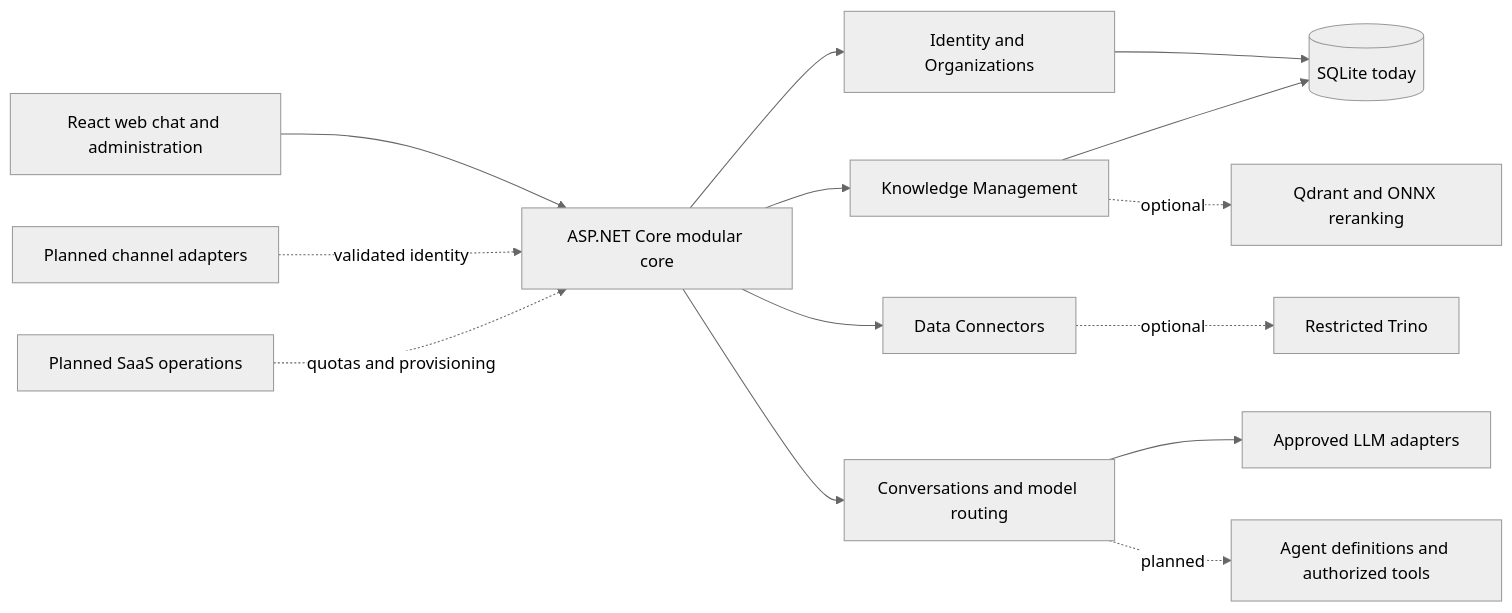
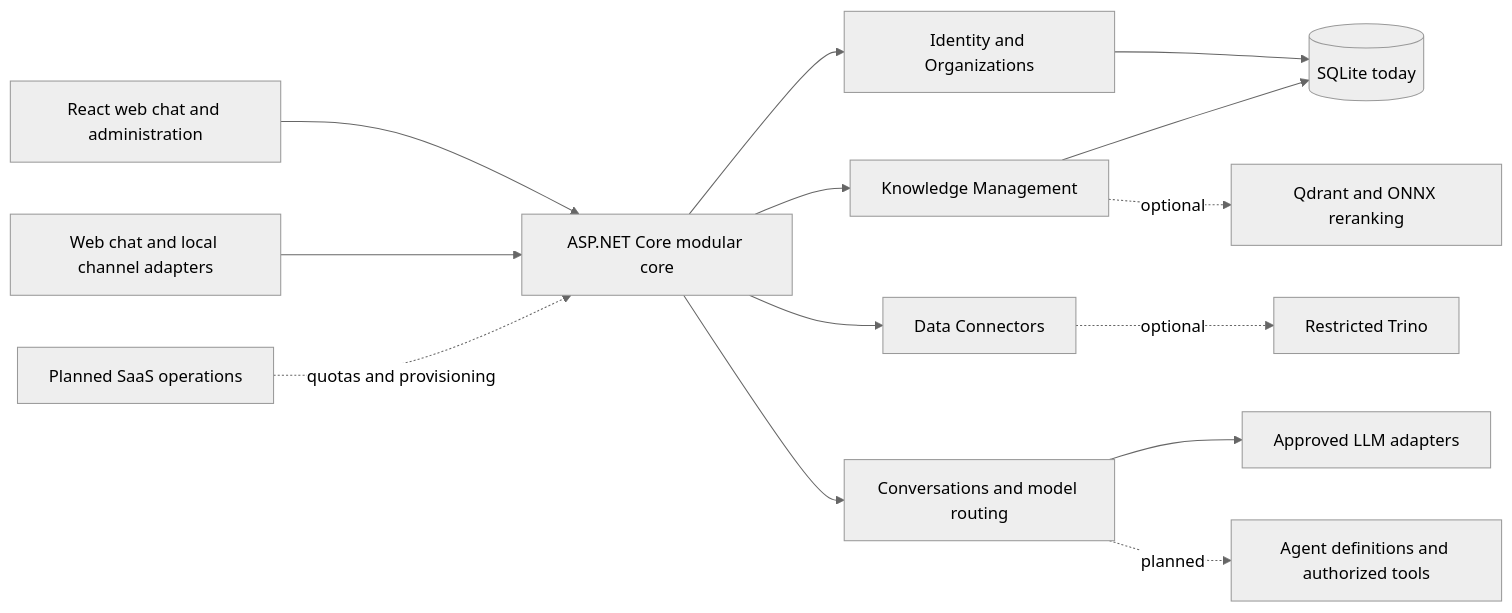
Before and after one commit to wilsonsantaluz/IA-Portal: the first of 2 diagrams in docs/architecture/TARGET_ARCHITECTURE.md, drawn with Mermaid (neutral theme). The commit also changed other lines of this file and 10 other files, not shown here.

Commit message:
docs(service): document channel architecture Meta gates and MVP validation

````diff
--- a/docs/architecture/TARGET_ARCHITECTURE.md
+++ b/docs/architecture/TARGET_ARCHITECTURE.md
@@ -8,16 +8,16 @@
 ```mermaid
 flowchart LR
     Web[React web chat and administration] --> API[ASP.NET Core modular core]
     API --> Identity[Identity and Organizations]
     API --> Knowledge[Knowledge Management]
     API --> Connectors[Data Connectors]
     API --> Conversations[Conversations and model routing]
     Identity --> DB[(SQLite today)]
     Knowledge --> DB
     Knowledge -. optional .-> Vectors[Qdrant and ONNX reranking]
     Connectors -. optional .-> Trino[Restricted Trino]
     Conversations --> Models[Approved LLM adapters]
     Conversations -. planned .-> Agents[Agent definitions and authorized tools]
-    Channels[Planned channel adapters] -. validated identity .-> API
+    Channels[Web chat and local channel adapters] --> API
     Operations[Planned SaaS operations] -. quotas and provisioning .-> API
 ```
````
